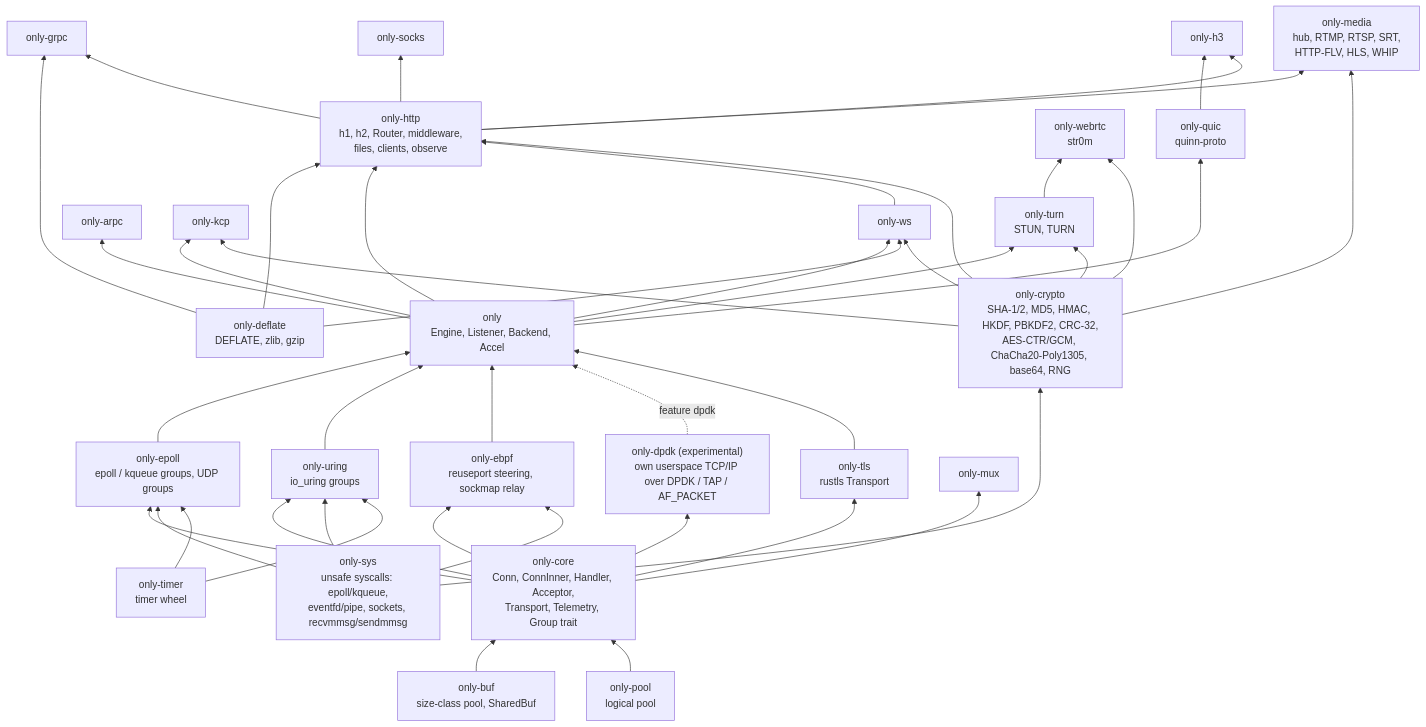
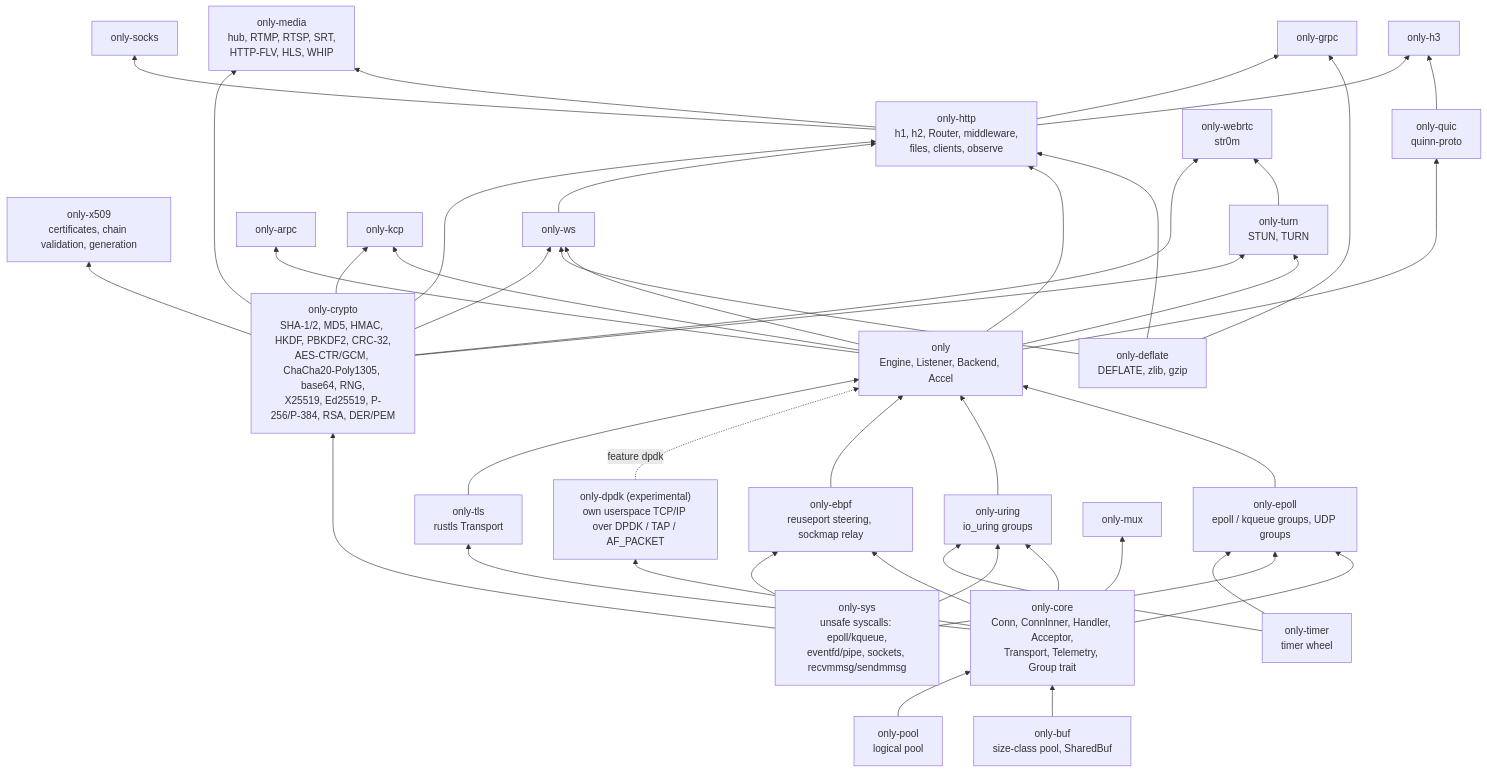
The first of 6 diagrams in docs/architecture.md (lesismal/akio), drawn with Mermaid before and after one commit. The commit also changed other lines of this file and 143 other files, not shown here.

First line of the commit message:
feat(only-crypto, only-x509): public-key crypto, DER/PEM, X.509 (DEV-PLAN wave B)

````diff
--- a/docs/architecture.md
+++ b/docs/architecture.md
@@ -13,70 +13,72 @@
 ```mermaid
 flowchart BT
     sys["only-sys<br/>unsafe syscalls: epoll/kqueue,<br/>eventfd/pipe, sockets, recvmmsg/sendmmsg"]
-    crypto["only-crypto<br/>SHA-1/2, MD5, HMAC, HKDF, PBKDF2, CRC-32,<br/>AES-CTR/GCM, ChaCha20-Poly1305, base64, RNG"]
+    crypto["only-crypto<br/>SHA-1/2, MD5, HMAC, HKDF, PBKDF2, CRC-32,<br/>AES-CTR/GCM, ChaCha20-Poly1305, base64, RNG,<br/>X25519, Ed25519, P-256/P-384, RSA, DER/PEM"]
+    x509["only-x509<br/>certificates, chain validation, generation"]
     buf["only-buf<br/>size-class pool, SharedBuf"]
     timer["only-timer<br/>timer wheel"]
     deflate["only-deflate<br/>DEFLATE, zlib, gzip"]
     pool["only-pool<br/>logical pool"]
     core["only-core<br/>Conn, ConnInner, Handler, Acceptor,<br/>Transport, Telemetry, Group trait"]
     epoll["only-epoll<br/>epoll / kqueue groups, UDP groups"]
     uring["only-uring<br/>io_uring groups"]
     ebpf["only-ebpf<br/>reuseport steering, sockmap relay"]
     dpdk["only-dpdk (experimental)<br/>own userspace TCP/IP over DPDK / TAP / AF_PACKET"]
     tls["only-tls<br/>rustls Transport"]
     facade["only<br/>Engine, Listener, Backend, Accel"]
     http["only-http<br/>h1, h2, Router, middleware,<br/>files, clients, observe"]
     ws[only-ws]
     grpc[only-grpc]
     arpc[only-arpc]
     socks[only-socks]
     mux[only-mux]
     quic["only-quic<br/>quinn-proto"]
     h3[only-h3]
     kcp[only-kcp]
     turn["only-turn<br/>STUN, TURN"]
     webrtc["only-webrtc<br/>str0m"]
     media["only-media<br/>hub, RTMP, RTSP, SRT,<br/>HTTP-FLV, HLS, WHIP"]
 
     buf --> core
     pool --> core
     core --> epoll
     sys --> epoll
     timer --> epoll
     core --> uring
     sys --> uring
     timer --> uring
     core --> ebpf
     core --> dpdk
     sys --> ebpf
     core --> tls
     epoll --> facade
     uring --> facade
     ebpf --> facade
     dpdk -.->|feature dpdk| facade
     tls --> facade
     facade --> ws
     deflate --> ws
     deflate --> http
     deflate --> grpc
     facade --> http
     ws --> http
     http --> grpc
     facade --> arpc
     http --> socks
     core --> mux
     facade --> quic
     quic --> h3
     http --> h3
     facade --> kcp
     facade --> turn
     turn --> webrtc
     http --> media
     sys --> crypto
+    crypto --> x509
     crypto --> ws
     crypto --> http
     crypto --> kcp
     crypto --> turn
     crypto --> webrtc
     crypto --> media
 ```
````
